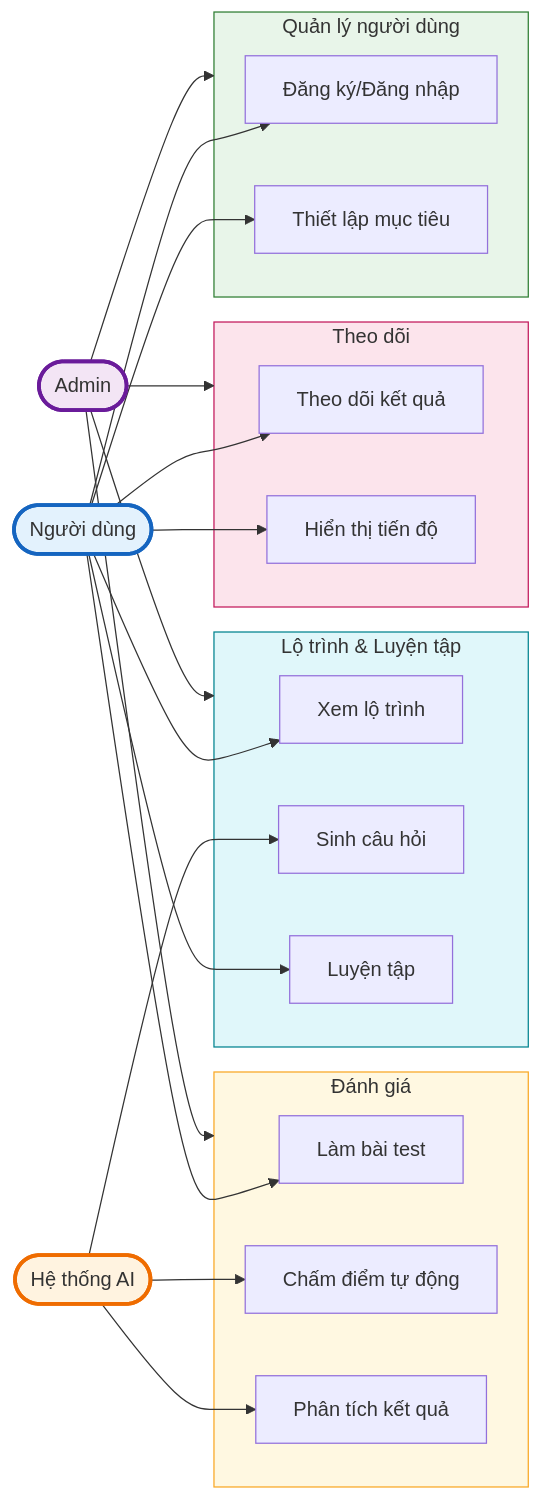
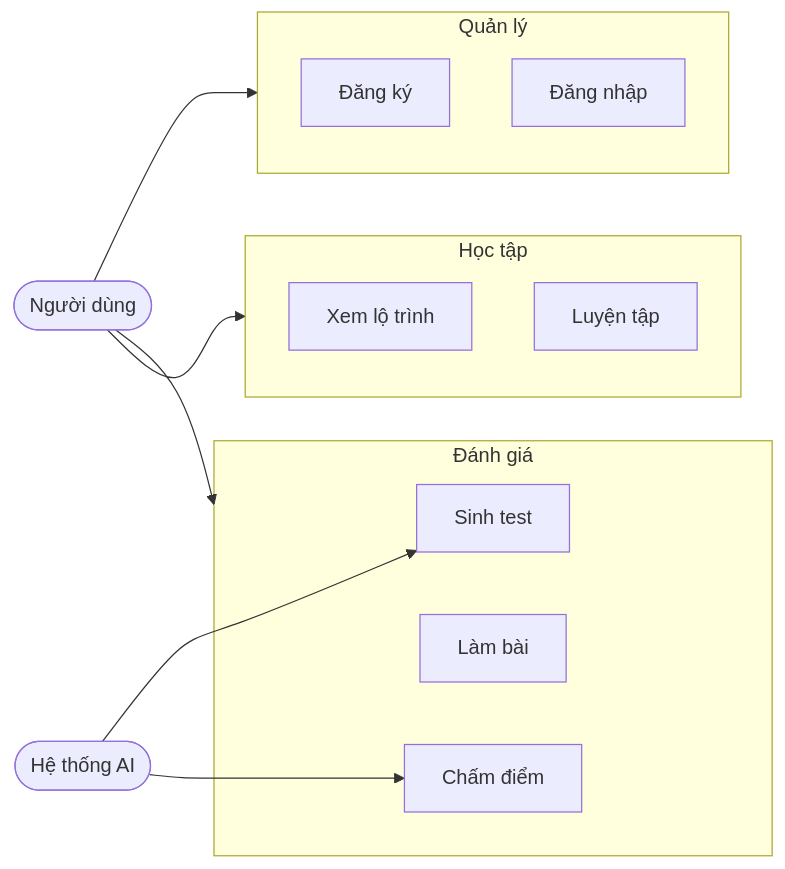
Before and after one commit to Ro810/ai-learning-assistant: the diagram in docs/Week1-Requirement-Analysis.md, drawn with Mermaid. The commit also changed other lines of this file and 1 other file, not shown here.

````diff
--- a/docs/Week1-Requirement-Analysis.md
+++ b/docs/Week1-Requirement-Analysis.md
@@ -93,44 +159,26 @@
 ```mermaid
 flowchart LR
     %% Actors
     User([Người dùng])
     AI([Hệ thống AI])
-    Admin([Admin])
 
-    %% Nhóm chức năng - gọn hơn
-    subgraph UC1[Quản lý người dùng]
-        U1[Đăng ký/Đăng nhập]
-        U2[Thiết lập mục tiêu]
+    %% Groups
+    subgraph Auth[Quản lý]
+        Register[Đăng ký]
+        Login[Đăng nhập]
     end
 
-    subgraph UC2[Đánh giá]
-        A1[Làm bài test]
-        A2[Chấm điểm tự động]
-        A3[Phân tích kết quả]
+    subgraph Assessment[Đánh giá]
+        GenTest[Sinh test]
+        TakeTest[Làm bài]
+        Grade[Chấm điểm]
     end
 
-    subgraph UC3[Lộ trình & Luyện tập]
-        P1[Xem lộ trình]
-        P2[Sinh câu hỏi]
-        P3[Luyện tập]
+    subgraph Learning[Học tập]
+        Path[Xem lộ trình]
+        Practice[Luyện tập]
     end
 
-    subgraph UC4[Theo dõi]
-        T1[Theo dõi kết quả]
-        T2[Hiển thị tiến độ]
-    end
-
-    %% Relationships - đơn giản hơn
-    User --> U1 & U2 & A1 & P1 & P3 & T1 & T2
-    AI --> A2 & A3 & P2
-    Admin --> UC1 & UC2 & UC3 & UC4
-
-    %% Styling
-    style User fill:#e3f2fd,stroke:#1565c0,stroke-width:3px
-    style AI fill:#fff3e0,stroke:#ef6c00,stroke-width:3px
-    style Admin fill:#f3e5f5,stroke:#6a1b9a,stroke-width:3px
-    style UC1 fill:#e8f5e9,stroke:#2e7d32
-    style UC2 fill:#fff8e1,stroke:#f9a825
-    style UC3 fill:#e0f7fa,stroke:#00838f
-    style UC4 fill:#fce4ec,stroke:#c2185b
+    User --> Auth & Assessment & Learning
+    AI --> GenTest & Grade
 ```
````
